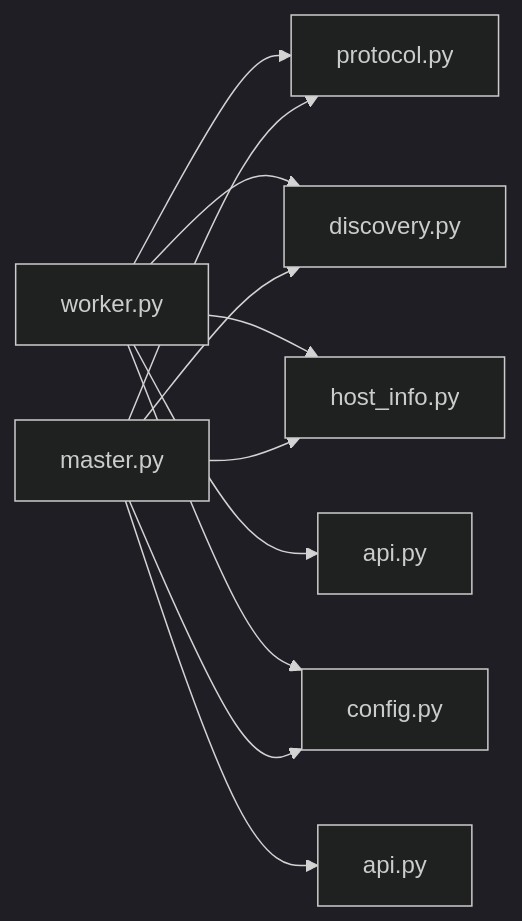
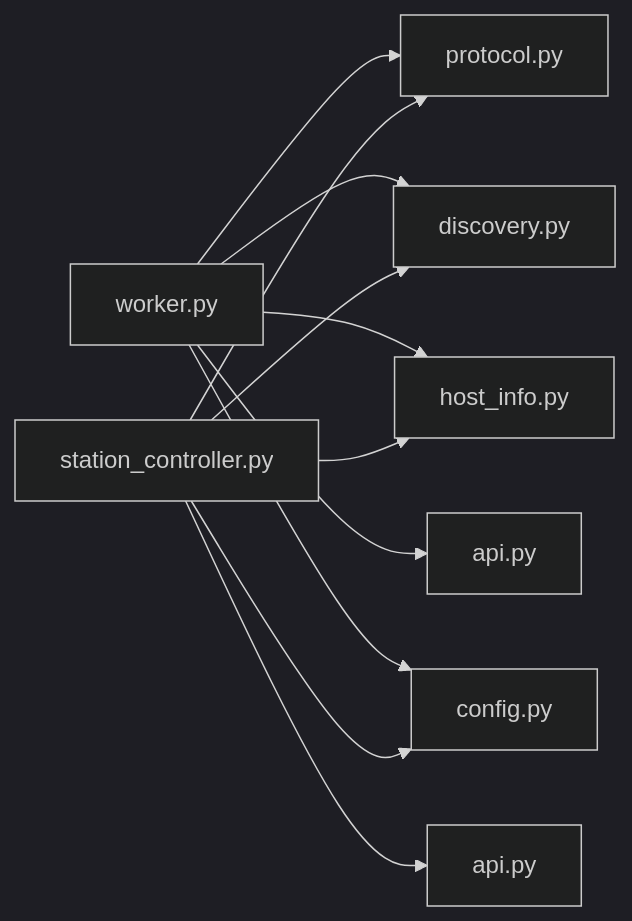
Before and after one commit to targalian/Personal-distributed-workstation: the sixth of 6 diagrams in .qoder/repowiki/zh/content/架构设计/Worker 代理/通信协议与消息格式/通信协议与消息格式.md, drawn with Mermaid (dark theme). The commit also changed other lines of this file and 63 other files, not shown here.

Commit message:
docs(station): 同步 repo wiki 至 station_controller/station_api 架构

````diff
--- a/.qoder/repowiki/zh/content/架构设计/Worker 代理/通信协议与消息格式/通信协议与消息格式.md
+++ b/.qoder/repowiki/zh/content/架构设计/Worker 代理/通信协议与消息格式/通信协议与消息格式.md
@@ -315,13 +315,13 @@
 ```mermaid
 graph LR
 Worker["worker.py"] --> Protocol["protocol.py"]
 Worker --> Discovery["discovery.py"]
 Worker --> HostInfo["host_info.py"]
 Worker --> APIW["api.py"]
 Worker --> Config["config.py"]
-Master["master.py"] --> Protocol
+Master["station_controller.py"] --> Protocol
 Master --> Discovery
 Master --> HostInfo
 Master --> APIM["api.py"]
 Master --> Config
 ```
````
